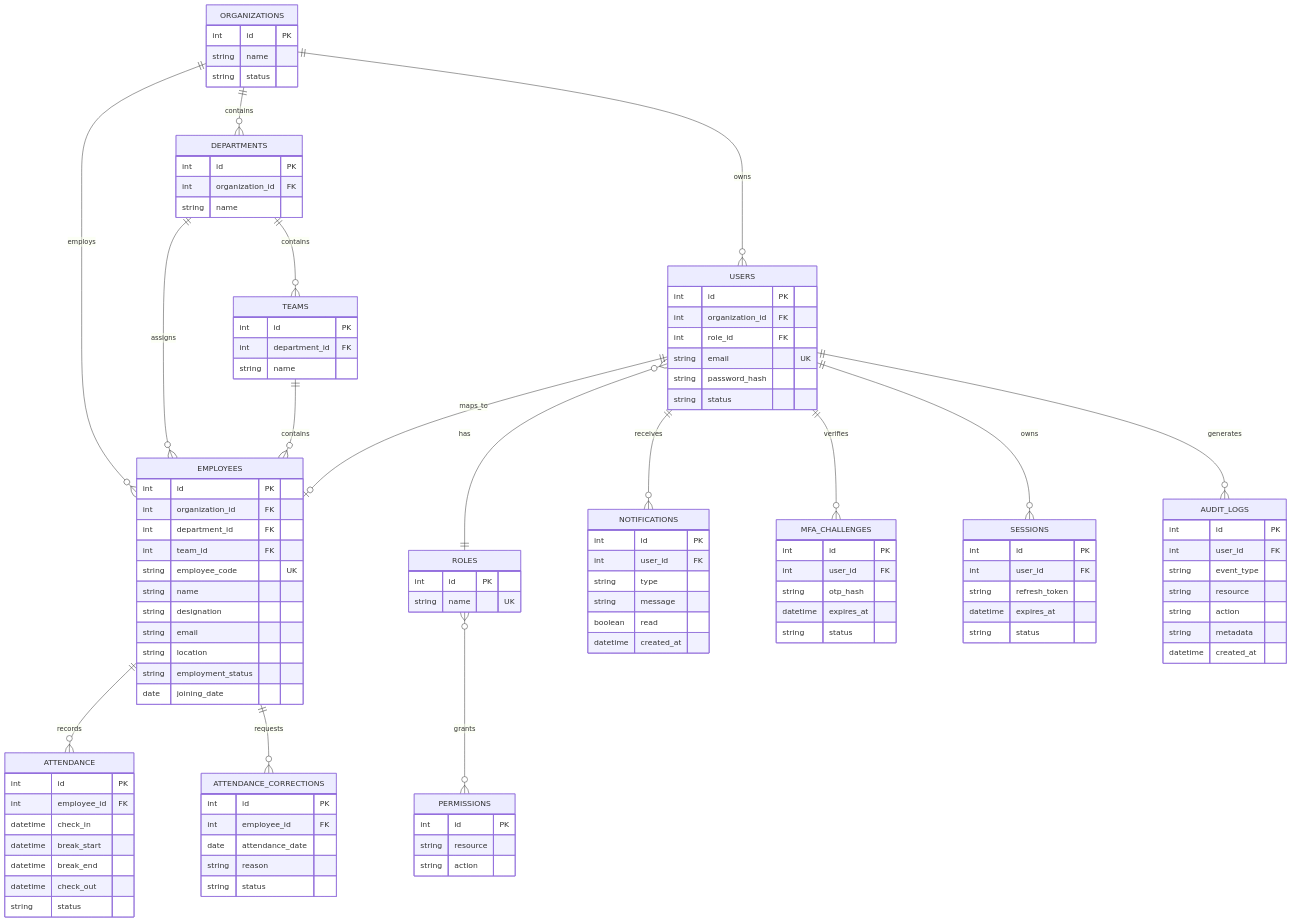
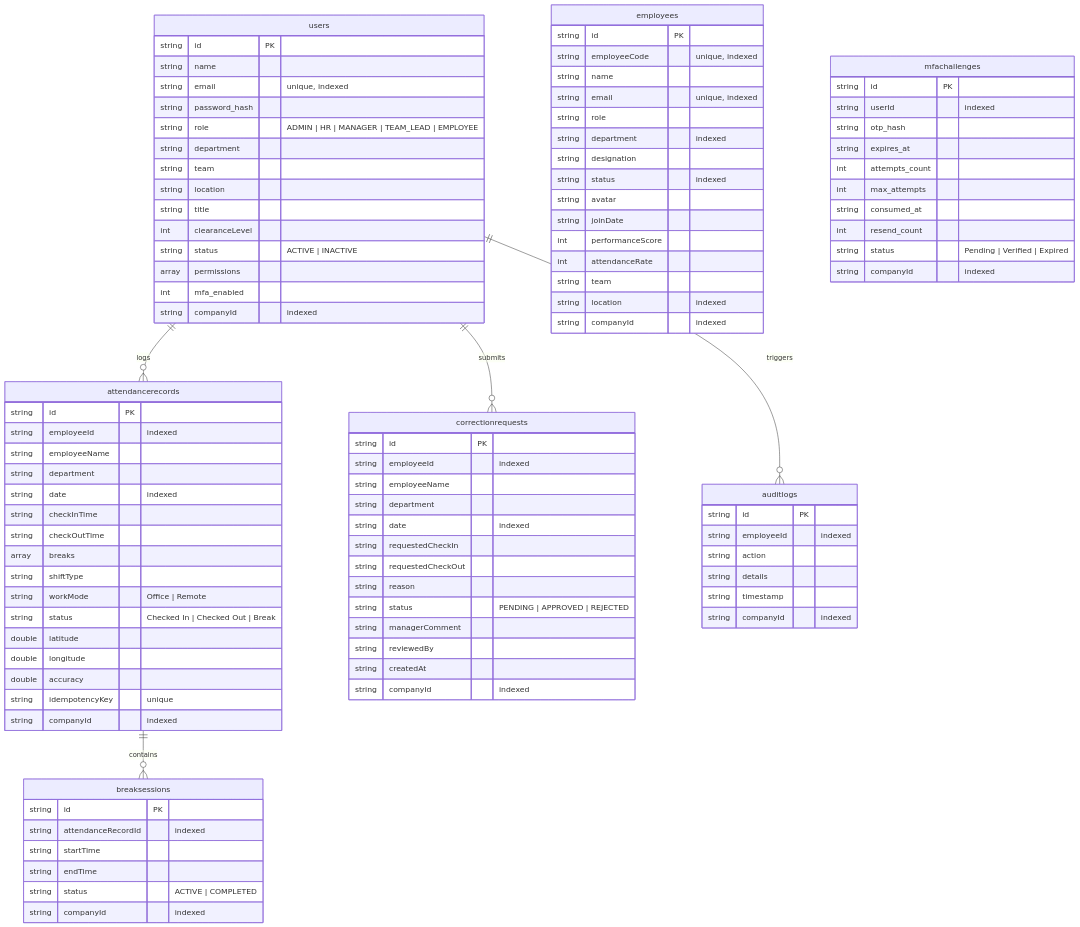
The diagram in docs/architecture/04-database-architecture.md (maheswari-pinneti/WFA-Rolebased-Architecture), drawn with Mermaid before and after one commit. The commit also changed other lines of this file and 18 other files, not shown here.

Commit message:
docs and architecture added

````diff
--- a/docs/architecture/04-database-architecture.md
+++ b/docs/architecture/04-database-architecture.md
@@ -7,111 +9,108 @@
 ```mermaid
 erDiagram
-    ORGANIZATIONS ||--o{ DEPARTMENTS : contains
-    ORGANIZATIONS ||--o{ USERS : owns
-    ORGANIZATIONS ||--o{ EMPLOYEES : employs
-    DEPARTMENTS ||--o{ TEAMS : contains
-    DEPARTMENTS ||--o{ EMPLOYEES : assigns
-    TEAMS ||--o{ EMPLOYEES : contains
-    USERS }o--|| ROLES : has
-    ROLES }o--o{ PERMISSIONS : grants
-    USERS ||--o| EMPLOYEES : maps_to
-    EMPLOYEES ||--o{ ATTENDANCE : records
-    EMPLOYEES ||--o{ ATTENDANCE_CORRECTIONS : requests
-    USERS ||--o{ NOTIFICATIONS : receives
-    USERS ||--o{ MFA_CHALLENGES : verifies
-    USERS ||--o{ SESSIONS : owns
-    USERS ||--o{ AUDIT_LOGS : generates
+    users ||--o{ attendancerecords : logs
+    users ||--o{ correctionrequests : submits
+    users ||--o{ auditlogs : triggers
+    attendancerecords ||--o{ breaksessions : contains
 
-    ORGANIZATIONS {
-        int id PK
+    users {
+        string id PK
         string name
-        string status
+        string email "unique, indexed"
+        string password_hash
+        string role "ADMIN | HR | MANAGER | TEAM_LEAD | EMPLOYEE"
+        string department
+        string team
+        string location
+        string title
+        int clearanceLevel
+        string status "ACTIVE | INACTIVE"
+        array permissions
+        int mfa_enabled
+        string companyId "indexed"
     }
-    USERS {
-        int id PK
-        int organization_id FK
-        int role_id FK
-        string email "UK"
-        string password_hash
-        string status
+
+    employees {
+        string id PK
+        string employeeCode "unique, indexed"
+        string name
+        string email "unique, indexed"
+        string role
+        string department "indexed"
+        string designation
+        string status "indexed"
+        string avatar
+        string joinDate
+        int performanceScore
+        int attendanceRate
+        string team
+        string location "indexed"
+        string companyId "indexed"
     }
-    ROLES {
-        int id PK
-        string name "UK"
+
+    attendancerecords {
+        string id PK
+        string employeeId "indexed"
+        string employeeName
+        string department
+        string date "indexed"
+        string checkInTime
+        string checkOutTime
+        array breaks
+        string shiftType
+        string workMode "Office | Remote"
+        string status "Checked In | Checked Out | Break"
+        double latitude
+        double longitude
+        double accuracy
+        string idempotencyKey "unique"
+        string companyId "indexed"
     }
-    PERMISSIONS {
-        int id PK
-        string resource
+
+    correctionrequests {
+        string id PK
+        string employeeId "indexed"
+        string employeeName
+        string department
+        string date "indexed"
+        string requestedCheckIn
+        string requestedCheckOut
+        string reason
+        string status "PENDING | APPROVED | REJECTED"
+        string managerComment
+        string reviewedBy
+        string createdAt
+        string companyId "indexed"
+    }
+
+    breaksessions {
+        string id PK
+        string attendanceRecordId "indexed"
+        string startTime
+        string endTime
+        string status "ACTIVE | COMPLETED"
+        string companyId "indexed"
+    }
+
+    mfachallenges {
+        string id PK
+        string userId "indexed"
+        string otp_hash
+        string expires_at
+        int attempts_count
+        int max_attempts
+        string consumed_at
+        int resend_count
+        string status "Pending | Verified | Expired"
+        string companyId "indexed"
+    }
+
+    auditlogs {
+        string id PK
+        string employeeId "indexed"
         string action
-    }
-    EMPLOYEES {
-        int id PK
-        int organization_id FK
-        int department_id FK
-        int team_id FK
-        string employee_code "UK"
-        string name
-        string designation
-        string email
-        string location
-        string employment_status
-        date joining_date
-    }
-    DEPARTMENTS {
-        int id PK
-        int organization_id FK
-        string name
-    }
-    TEAMS {
-        int id PK
-        int department_id FK
-        string name
-    }
-    ATTENDANCE {
-        int id PK
-        int employee_id FK
-        datetime check_in
-        datetime break_start
-        datetime break_end
-        datetime check_out
-        string status
-    }
-    ATTENDANCE_CORRECTIONS {
-        int id PK
-        int employee_id FK
-        date attendance_date
-        string reason
-        string status
-    }
-    MFA_CHALLENGES {
-        int id PK
-        int user_id FK
-        string otp_hash
-        datetime expires_at
-        string status
-    }
-    SESSIONS {
-        int id PK
-        int user_id FK
-        string refresh_token
-        datetime expires_at
-        string status
-    }
-    NOTIFICATIONS {
-        int id PK
-        int user_id FK
-        string type
-        string message
-        boolean read
-        datetime created_at
-    }
-    AUDIT_LOGS {
-        int id PK
-        int user_id FK
-        string event_type
-        string resource
-        string action
-        string metadata
-        datetime created_at
+        string details
+        string timestamp
+        string companyId "indexed"
     }
 ```
````
